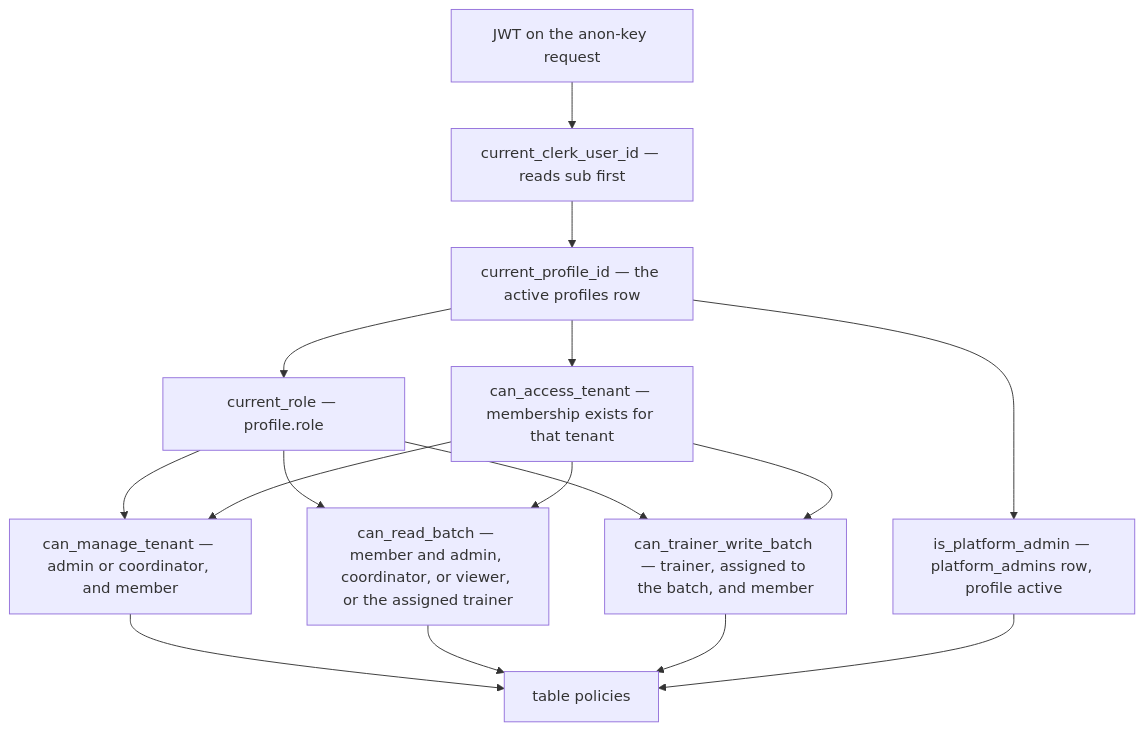
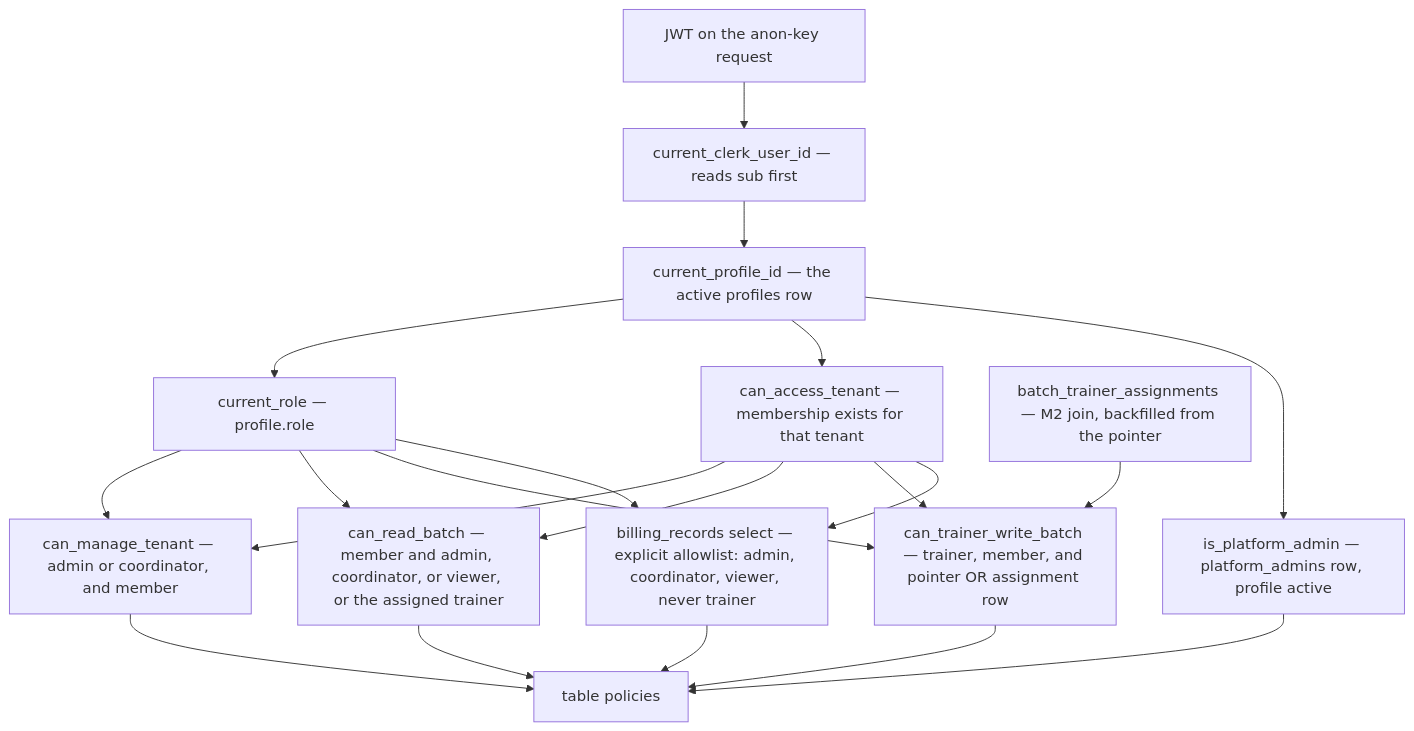
Before and after one commit to shuakyle21/tesda-compliance-manager: the third of 3 diagrams in openwiki/architecture/data-model-and-rls.md, drawn with Mermaid. The commit also changed other lines of this file and 10 other files, not shown here.

````diff
--- a/openwiki/architecture/data-model-and-rls.md
+++ b/openwiki/architecture/data-model-and-rls.md
@@ -362,18 +520,22 @@
 ```mermaid
 flowchart TD
     TOKEN["JWT on the anon-key request"] --> CLERK["current_clerk_user_id — reads sub first"]
     CLERK --> PROFILE["current_profile_id — the active profiles row"]
     PROFILE --> ROLE["current_role — profile.role"]
     PROFILE --> ACCESS["can_access_tenant — membership exists for that tenant"]
     ROLE --> MANAGE["can_manage_tenant — admin or coordinator, and member"]
     ACCESS --> MANAGE
     ROLE --> READB["can_read_batch — member and admin, coordinator, or viewer, or the assigned trainer"]
     ACCESS --> READB
-    ROLE --> WRITEB["can_trainer_write_batch — trainer, assigned to the batch, and member"]
+    ROLE --> WRITEB["can_trainer_write_batch — trainer, member, and pointer OR assignment row"]
     ACCESS --> WRITEB
+    ASSIGN["batch_trainer_assignments — M2 join, backfilled from the pointer"] --> WRITEB
     PROFILE --> PADMIN["is_platform_admin — platform_admins row, profile active"]
+    ROLE --> BILLR["billing_records select — explicit allowlist: admin, coordinator, viewer, never trainer"]
+    ACCESS --> BILLR
     MANAGE --> POL["table policies"]
     READB --> POL
     WRITEB --> POL
     PADMIN --> POL
+    BILLR --> POL
 ```
````
